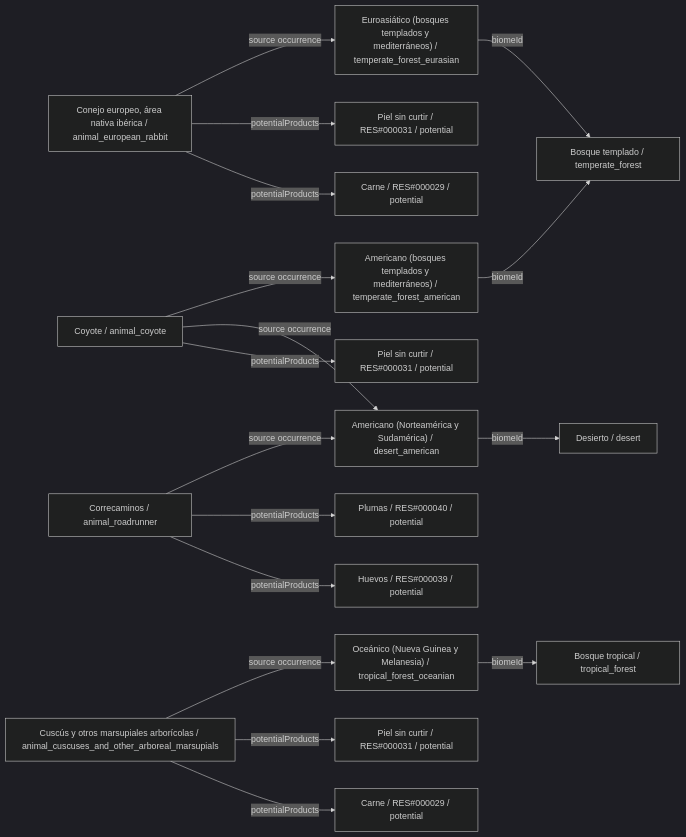
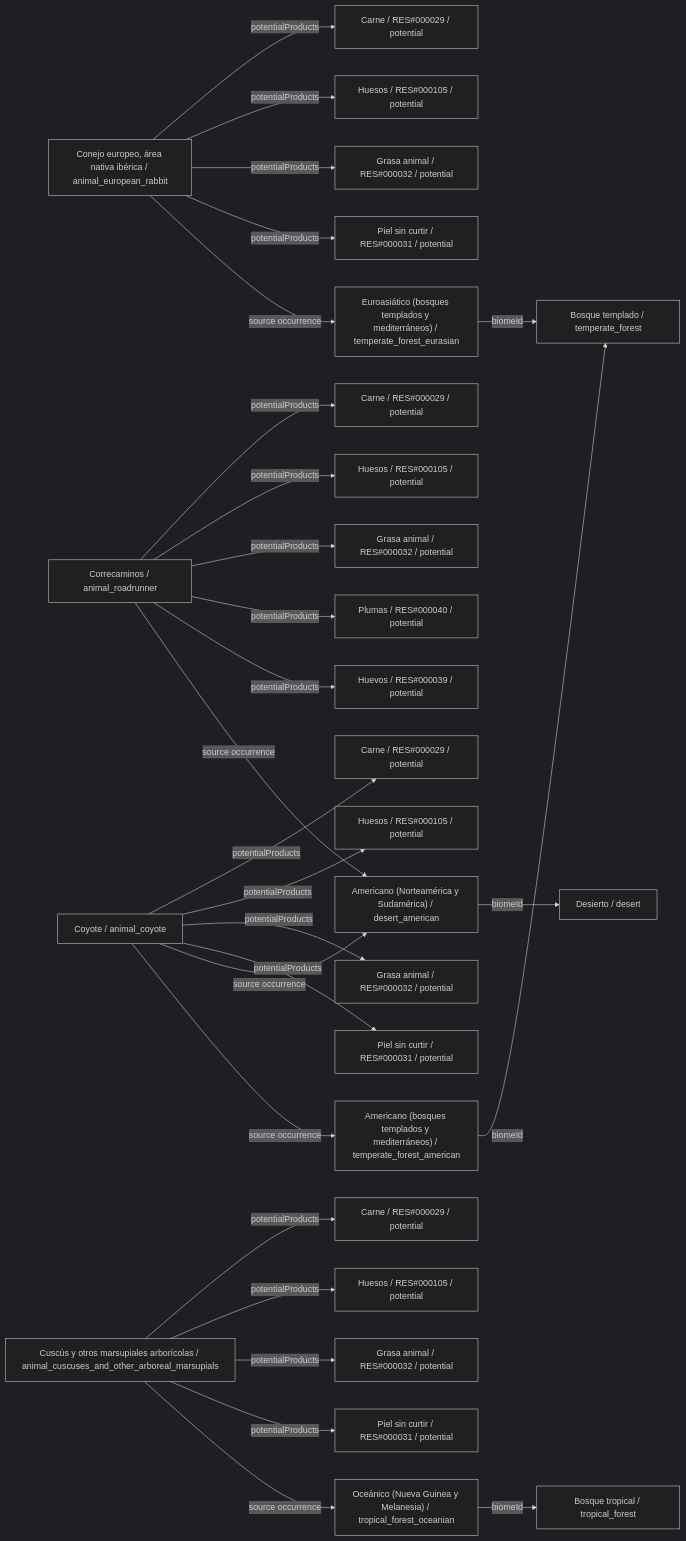
Before and after one commit to fgabo404/EvolveDoc: the seventh of 26 diagrams in data/animals/DIAGRAMS.es.md, drawn with Mermaid (dark theme). The commit also changed other lines of this file and 44 other files, not shown here.

````diff
--- a/data/animals/DIAGRAMS.es.md
+++ b/data/animals/DIAGRAMS.es.md
@@ -415,37 +549,57 @@
 ```mermaid
 flowchart LR
     c0["Conejo europeo, área nativa ibérica / animal_european_rabbit"]
     v4["Euroasiático (bosques templados y mediterráneos) / temperate_forest_eurasian"]
     b1["Bosque templado / temperate_forest"]
     o0_0["Carne / RES#000029 / potential"]
-    o0_1["Piel sin curtir / RES#000031 / potential"]
+    o0_1["Huesos / RES#000105 / potential"]
+    o0_2["Grasa animal / RES#000032 / potential"]
+    o0_3["Piel sin curtir / RES#000031 / potential"]
     c1["Correcaminos / animal_roadrunner"]
     v15["Americano (Norteamérica y Sudamérica) / desert_american"]
     b4["Desierto / desert"]
-    o1_0["Huevos / RES#000039 / potential"]
-    o1_1["Plumas / RES#000040 / potential"]
+    o1_0["Carne / RES#000029 / potential"]
+    o1_1["Huesos / RES#000105 / potential"]
+    o1_2["Grasa animal / RES#000032 / potential"]
+    o1_3["Plumas / RES#000040 / potential"]
+    o1_4["Huevos / RES#000039 / potential"]
     c2["Coyote / animal_coyote"]
     v5["Americano (bosques templados y mediterráneos) / temperate_forest_american"]
-    o2_0["Piel sin curtir / RES#000031 / potential"]
+    o2_0["Carne / RES#000029 / potential"]
+    o2_1["Huesos / RES#000105 / potential"]
+    o2_2["Grasa animal / RES#000032 / potential"]
+    o2_3["Piel sin curtir / RES#000031 / potential"]
     c3["Cuscús y otros marsupiales arborícolas / animal_cuscuses_and_other_arboreal_marsupials"]
     v3["Oceánico (Nueva Guinea y Melanesia) / tropical_forest_oceanian"]
     b0["Bosque tropical / tropical_forest"]
     o3_0["Carne / RES#000029 / potential"]
-    o3_1["Piel sin curtir / RES#000031 / potential"]
+    o3_1["Huesos / RES#000105 / potential"]
+    o3_2["Grasa animal / RES#000032 / potential"]
+    o3_3["Piel sin curtir / RES#000031 / potential"]
     c0 -->|potentialProducts| o0_0
     c0 -->|potentialProducts| o0_1
+    c0 -->|potentialProducts| o0_2
+    c0 -->|potentialProducts| o0_3
     c0 -->|source occurrence| v4
     c1 -->|potentialProducts| o1_0
     c1 -->|potentialProducts| o1_1
+    c1 -->|potentialProducts| o1_2
+    c1 -->|potentialProducts| o1_3
+    c1 -->|potentialProducts| o1_4
     c1 -->|source occurrence| v15
     c2 -->|potentialProducts| o2_0
+    c2 -->|potentialProducts| o2_1
+    c2 -->|potentialProducts| o2_2
+    c2 -->|potentialProducts| o2_3
     c2 -->|source occurrence| v15
     c2 -->|source occurrence| v5
     c3 -->|potentialProducts| o3_0
     c3 -->|potentialProducts| o3_1
+    c3 -->|potentialProducts| o3_2
+    c3 -->|potentialProducts| o3_3
     c3 -->|source occurrence| v3
     v15 -->|biomeId| b4
     v3 -->|biomeId| b0
     v4 -->|biomeId| b1
     v5 -->|biomeId| b1
 ```
````
